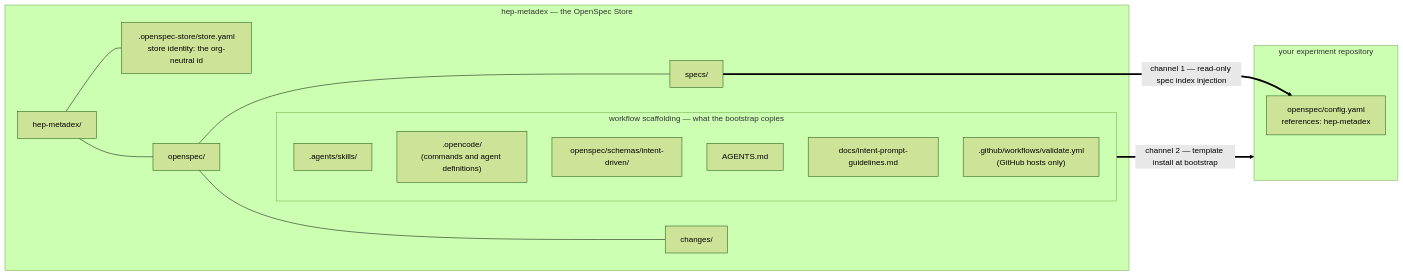
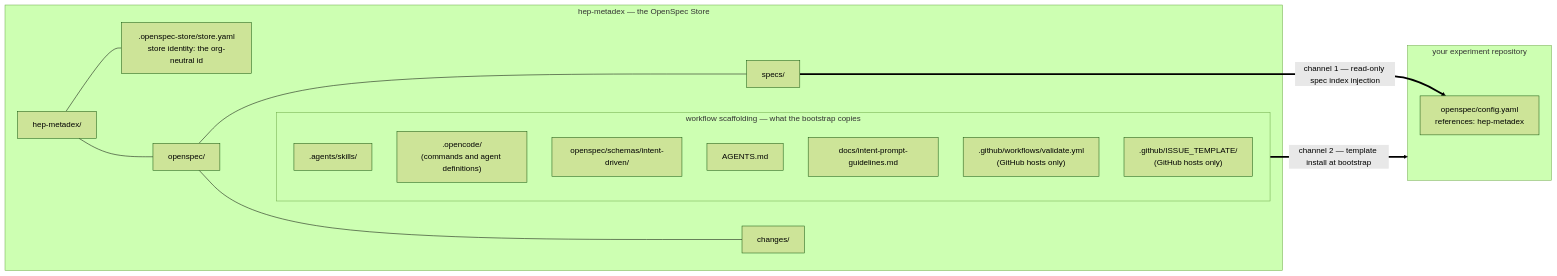
One commit to DUNE/hep-metadex changed the diagram in docs/setup.md. Above: the diagram before and after it, drawn with Mermaid (forest theme). The commit also changed other lines of this file and 2 other files, not shown here.

Commit message:
docs(readme): add the issue form to the host-conditional bootstrap steps (#23)

````diff
--- a/docs/setup.md
+++ b/docs/setup.md
@@ -29,27 +30,28 @@
 ```mermaid
 flowchart LR
     subgraph HM["hep-metadex — the OpenSpec Store"]
         ROOT["hep-metadex/"]
         STORE[".openspec-store/store.yaml<br/>store identity: the org-neutral id"]
         OS["openspec/"]
         SPECS["specs/"]
         CHANGES["changes/"]
         subgraph KIT["workflow scaffolding — what the bootstrap copies"]
             K1[".agents/skills/"]
             K2[".opencode/<br/>(commands and agent definitions)"]
             K3["openspec/schemas/intent-driven/"]
             K4["AGENTS.md"]
             K5["docs/intent-prompt-guidelines.md"]
             K6[".github/workflows/validate.yml<br/>(GitHub hosts only)"]
+            K7[".github/ISSUE_TEMPLATE/<br/>(GitHub hosts only)"]
         end
         ROOT --- STORE
         ROOT --- OS
         OS --- SPECS
         OS --- CHANGES
     end
     subgraph EX["your experiment repository"]
         CFG["openspec/config.yaml<br/>references: hep-metadex"]
     end
     SPECS ==>|"channel 1 — read-only spec index injection"| CFG
     KIT ==>|"channel 2 — template install at bootstrap"| EX
 ```
````
